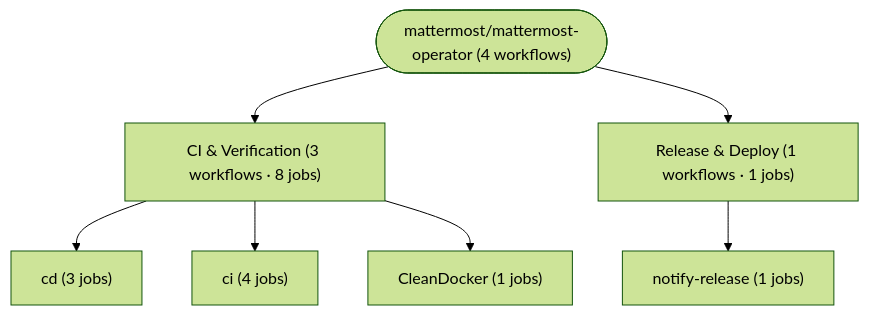
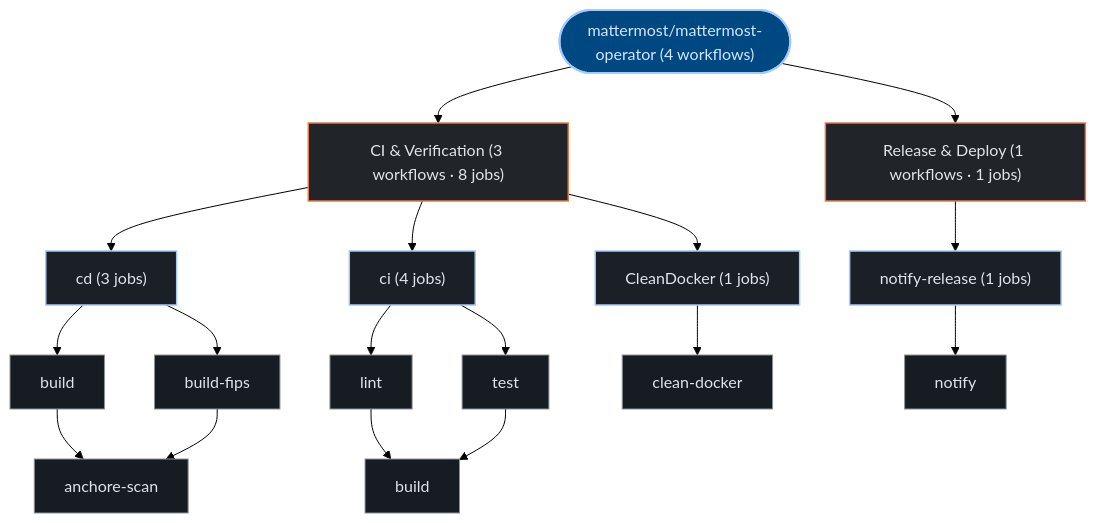
The third of 3 diagrams in exports/latest/reports/mattermost-mattermost-operator-report.md (kumarshaz/atruss-code-atlas), drawn with Mermaid (forest theme) before and after one commit. The commit also changed other lines of this file and 331 other files, not shown here.

Commit message:
docs,ui,fix: update SDLC docs, reorder CI/CD DAG first, stylize Mermaid, and fix Arc42 pipeline topology

````diff
--- a/exports/latest/reports/mattermost-mattermost-operator-report.md
+++ b/exports/latest/reports/mattermost-mattermost-operator-report.md
@@ -244,16 +255,41 @@
 ```mermaid
 graph TD;
-  pipeline_root(["mattermost/mattermost-operator (4 workflows)"])
-  grp_0_CI___Verification["CI & Verification (3 workflows · 8 jobs)"]
+  classDef atlasRoot fill:#004882,stroke:#a3c9ff,stroke-width:2px,color:#d3e4ff
+  classDef atlasCategory fill:#212428,stroke:#E87A48,stroke-width:1.5px,color:#dfe3eb
+  classDef atlasWorkflow fill:#1b2026,stroke:#a3c9ff,stroke-width:1.5px,color:#dfe3eb
+  classDef atlasJob fill:#171c22,stroke:#8d9199,stroke-width:1px,color:#dfe3eb
+  classDef atlasTarget fill:#005227,stroke:#8bd99b,stroke-width:1.5px,color:#a7f6b6
+  classDef atlasAlert fill:#93000a,stroke:#ffb4ab,stroke-width:1.5px,color:#ffdad6
+  classDef atlasMore fill:#252a31,stroke:#8d9199,stroke-dasharray:4 4,color:#c3c6cf
+  pipeline_root(["mattermost/mattermost-operator (4 workflows)"]):::atlasRoot
+  grp_0_CI___Verification["CI & Verification (3 workflows · 8 jobs)"]:::atlasCategory
   pipeline_root --> grp_0_CI___Verification
-  wf_0_cd["cd (3 jobs)"]
+  wf_0_cd["cd (3 jobs)"]:::atlasWorkflow
   grp_0_CI___Verification --> wf_0_cd
-  wf_1_ci["ci (4 jobs)"]
+  job_0_build["build"]:::atlasJob
+  job_0_build_fips["build-fips"]:::atlasJob
+  job_0_anchore_scan["anchore-scan"]:::atlasJob
+  wf_0_cd --> job_0_build
+  wf_0_cd --> job_0_build_fips
+  job_0_build --> job_0_anchore_scan
+  job_0_build_fips --> job_0_anchore_scan
+  wf_1_ci["ci (4 jobs)"]:::atlasWorkflow
   grp_0_CI___Verification --> wf_1_ci
-  wf_2_CleanDocker["CleanDocker (1 jobs)"]
+  job_1_lint["lint"]:::atlasJob
+  job_1_test["test"]:::atlasJob
+  job_1_build["build"]:::atlasJob
+  wf_1_ci --> job_1_lint
+  wf_1_ci --> job_1_test
+  job_1_lint --> job_1_build
+  job_1_test --> job_1_build
+  wf_2_CleanDocker["CleanDocker (1 jobs)"]:::atlasWorkflow
   grp_0_CI___Verification --> wf_2_CleanDocker
-  grp_1_Release___Deploy["Release & Deploy (1 workflows · 1 jobs)"]
+  job_2_clean_docker["clean-docker"]:::atlasJob
+  wf_2_CleanDocker --> job_2_clean_docker
+  grp_1_Release___Deploy["Release & Deploy (1 workflows · 1 jobs)"]:::atlasCategory
   pipeline_root --> grp_1_Release___Deploy
-  wf_3_notify_release["notify-release (1 jobs)"]
+  wf_3_notify_release["notify-release (1 jobs)"]:::atlasWorkflow
   grp_1_Release___Deploy --> wf_3_notify_release
+  job_3_notify["notify"]:::atlasJob
+  wf_3_notify_release --> job_3_notify
 ```
````
